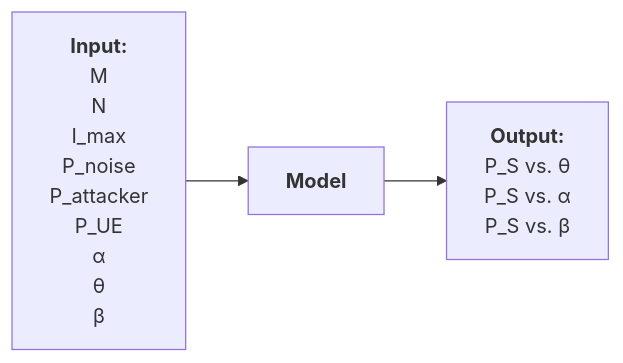
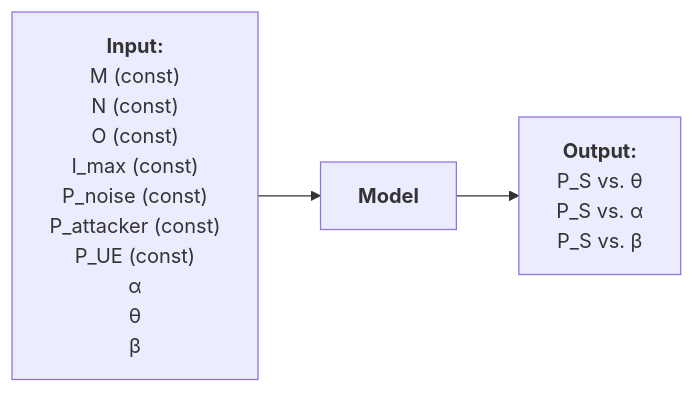
The third of 3 diagrams in docs/20250307 Thesis (PRACH Attack Problem Definition).md (bmw-ece-ntust/wilfrid-prach-attack-analysis), drawn with Mermaid before and after one commit. The commit also changed other lines of this file, not shown here.

Commit message:
Update 20250307 Thesis (PRACH Attack Problem Definition).md

````diff
--- a/docs/20250307 Thesis (PRACH Attack Problem Definition).md
+++ b/docs/20250307 Thesis (PRACH Attack Problem Definition).md
@@ -202,19 +202,20 @@
 ```mermaid
 flowchart LR
     input["`**Input:**
-    M
-    N
-    I_max
-    P_noise
-    P_attacker
-    P_UE
+    M (const)
+    N (const)
+    O (const)
+    I_max (const)
+    P_noise (const)
+    P_attacker (const)
+    P_UE (const)
     α
     θ
     β`"]
     process["`**Model**`"]
     output["`**Output:**
     P_S vs. θ
     P_S vs. α
     P_S vs. β`"]
     input --> process --> output
 ```
````
